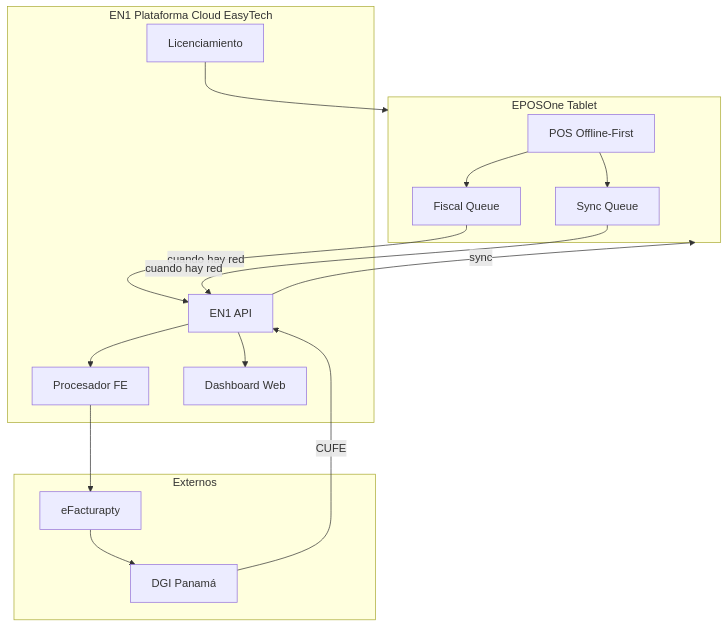
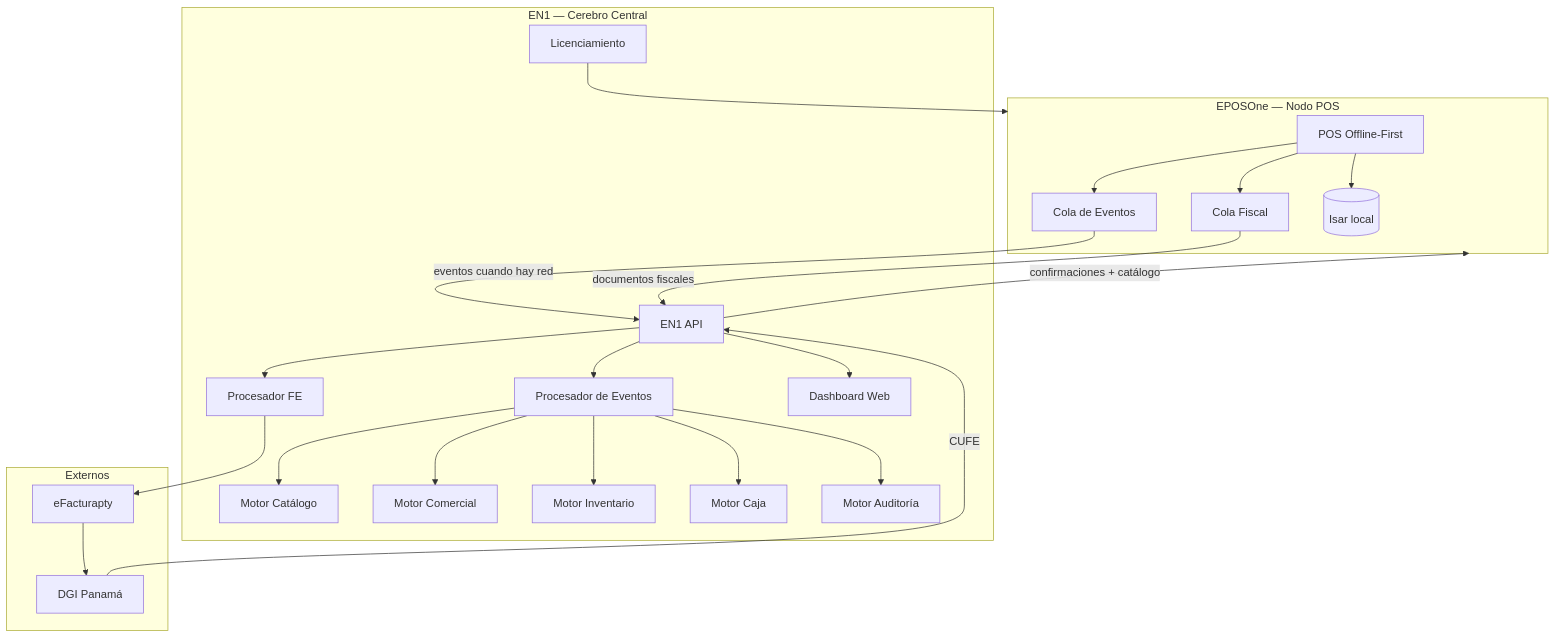
One commit to shidalgo0925/EPosOne changed the first of 2 diagrams in EPOSONE_MASTER_PLAN_V3.md. Above: the diagram before and after it, drawn with Mermaid. The commit also changed other lines of this file and 22 other files, not shown here.

````diff
--- a/EPOSONE_MASTER_PLAN_V3.md
+++ b/EPOSONE_MASTER_PLAN_V3.md
@@ -34,32 +209,46 @@
 ```mermaid
 flowchart TB
-  subgraph tablet [EPOSOne Tablet]
+  subgraph tablet [EPOSOne — Nodo POS]
     POS[POS Offline-First]
-    FQ[Fiscal Queue]
-    SQ[Sync Queue]
+    EQ[Cola de Eventos]
+    FQ[Cola Fiscal]
+    SQLite[(Isar local)]
   end
 
-  subgraph en1 [EN1 Plataforma Cloud EasyTech]
+  subgraph en1 [EN1 — Cerebro Central]
     API[EN1 API]
+    EV[Procesador de Eventos]
+    MC[Motor Catálogo]
+    MCo[Motor Comercial]
+    MI[Motor Inventario]
+    MCa[Motor Caja]
+    MA[Motor Auditoría]
     FProc[Procesador FE]
     Dash[Dashboard Web]
     Lic[Licenciamiento]
   end
 
   subgraph ext [Externos]
     EF[eFacturapty]
     DGI[DGI Panamá]
   end
 
+  POS --> SQLite
+  POS --> EQ
   POS --> FQ
-  POS --> SQ
-  FQ -->|cuando hay red| API
-  SQ -->|cuando hay red| API
+  EQ -->|eventos cuando hay red| API
+  FQ -->|documentos fiscales| API
+  API --> EV
+  EV --> MC
+  EV --> MCo
+  EV --> MI
+  EV --> MCa
+  EV --> MA
   API --> FProc
   FProc --> EF
   EF --> DGI
   DGI -->|CUFE| API
-  API -->|sync| tablet
+  API -->|confirmaciones + catálogo| tablet
   API --> Dash
   Lic --> tablet
 ```
````
